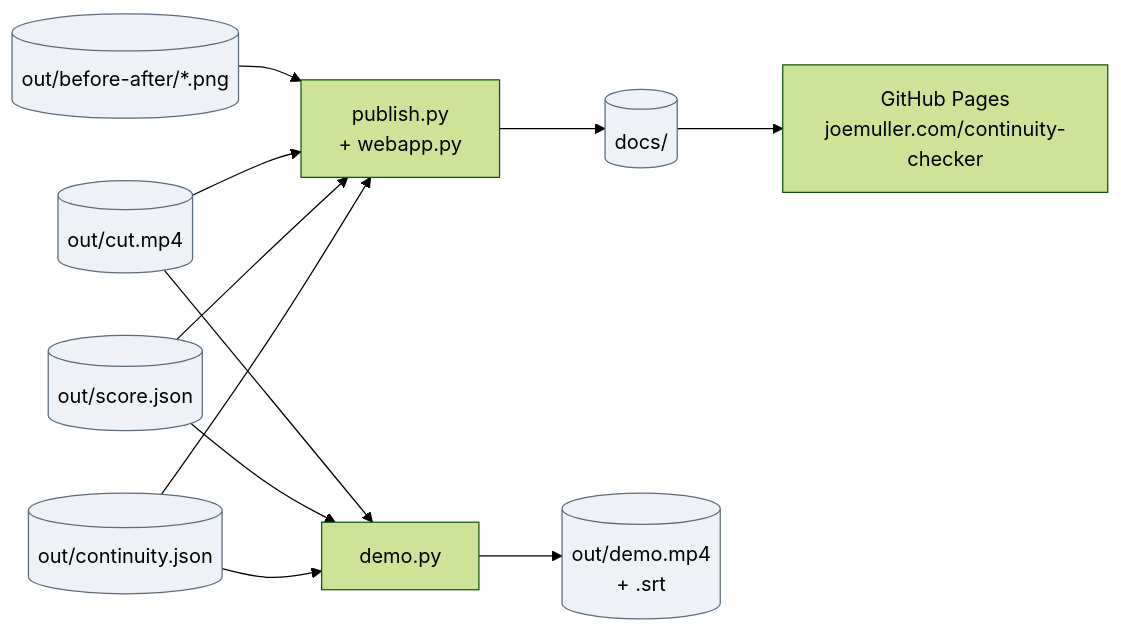
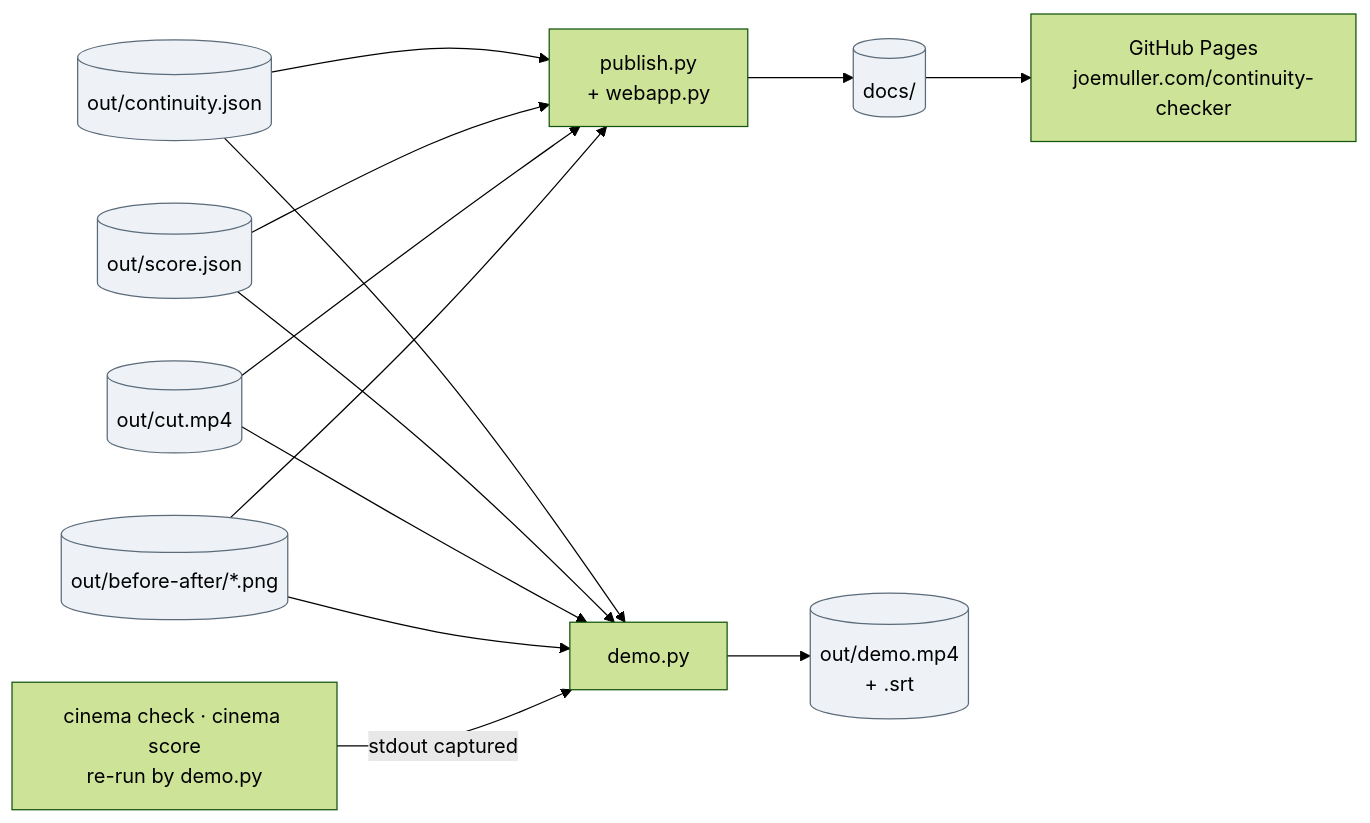
One commit to jtmuller5/continuity-checker changed the second of 2 diagrams in README.md. Above: the diagram before and after it, drawn with Mermaid (forest theme). The commit also changed other lines of this file, not shown here.

Commit message:
Name the functions the diagram actually calls

````diff
--- a/README.md
+++ b/README.md
@@ -242,25 +242,28 @@
 ```mermaid
 flowchart LR
   report[("out/continuity.json")]
   scorej[("out/score.json")]
   cut[("out/cut.mp4")]
   plate[("out/before-after/*.png")]
   publish["publish.py<br/>+ webapp.py"]
   demo["demo.py"]
   docs[("docs/")]
   demof[("out/demo.mp4<br/>+ .srt")]
   page["GitHub Pages<br/>joemuller.com/continuity-checker"]
+  console["cinema check · cinema score<br/>re-run by demo.py"]
 
   report --> publish
   scorej --> publish
   cut --> publish
   plate --> publish
   report --> demo
   scorej --> demo
   cut --> demo
+  plate --> demo
+  console -->|stdout captured| demo
   publish --> docs --> page
   demo --> demof
 
   classDef file fill:#eef2f6,stroke:#5b6b7a;
   class report,scorej,cut,plate,docs,demof file;
 ```
````
